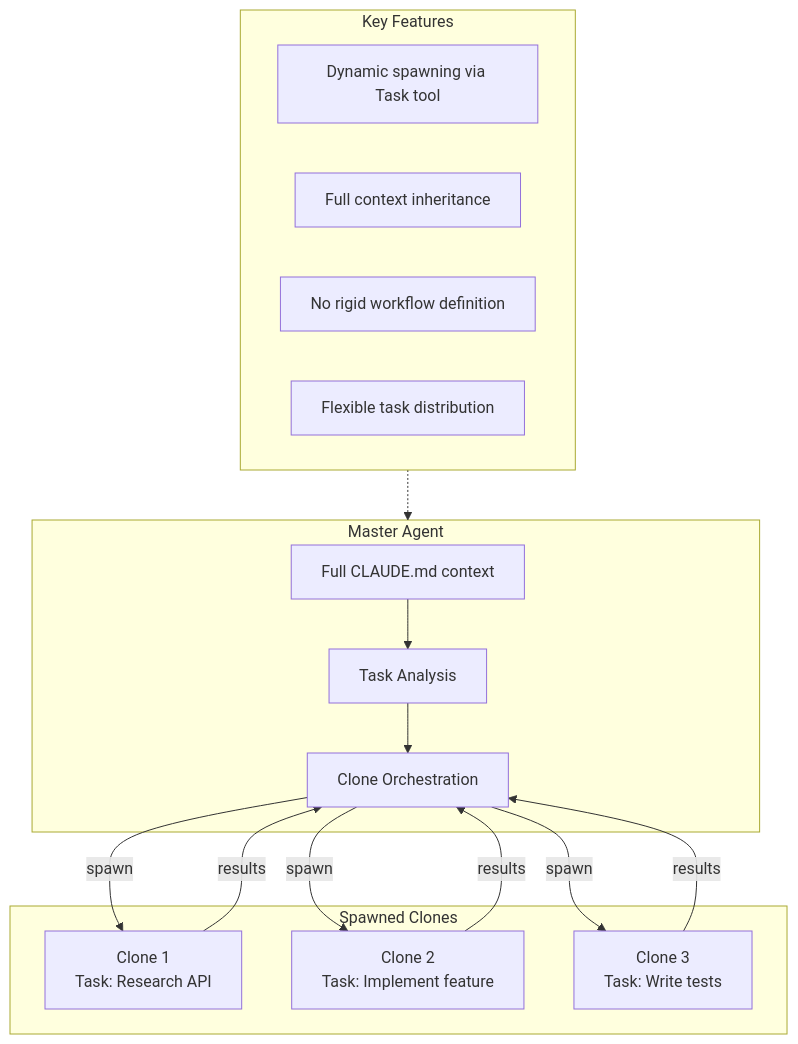
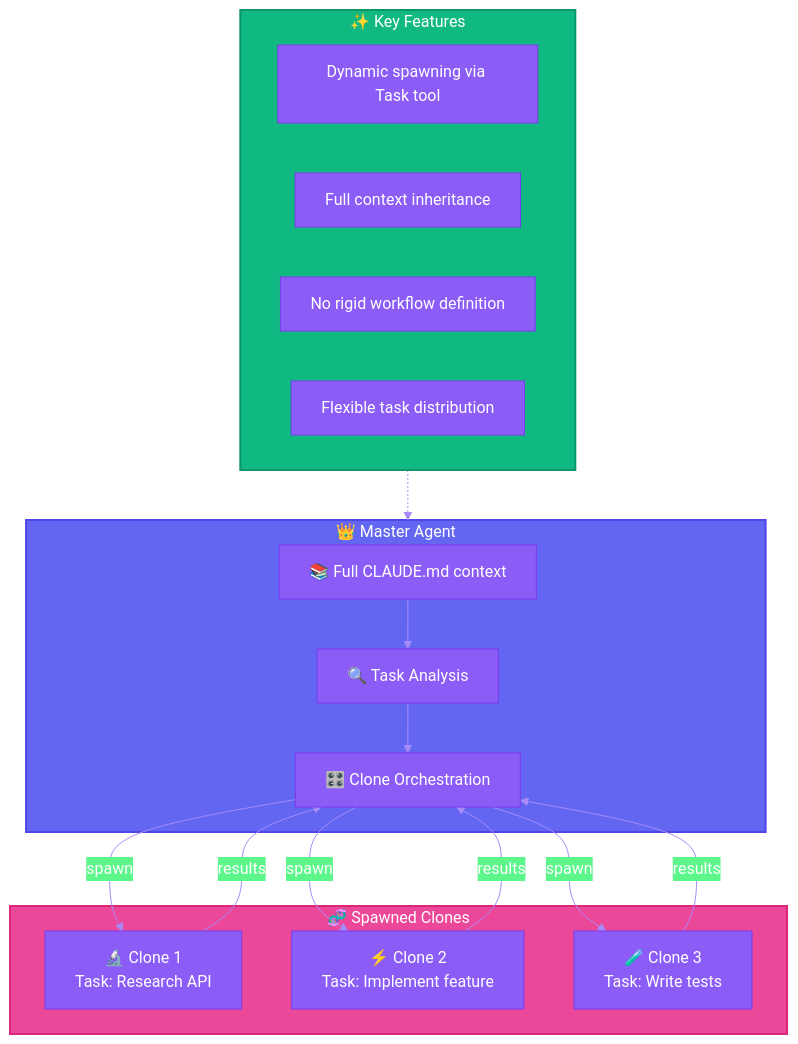
The first of 5 diagrams in patterns/04-master-clone-architecture.md (ThibautMelen/agentic-ai-systems), drawn with Mermaid before and after one commit. The commit also changed other lines of this file and 7 other files, not shown here.

First line of the commit message:
style(diagrams): add vibrant colors to all Mermaid diagrams

````diff
--- a/patterns/04-master-clone-architecture.md
+++ b/patterns/04-master-clone-architecture.md
@@ -13,28 +13,33 @@
 ```mermaid
+%%{init: {'theme': 'base', 'themeVariables': { 'primaryColor': '#8b5cf6', 'primaryTextColor': '#ffffff', 'primaryBorderColor': '#7c3aed', 'lineColor': '#a78bfa'}}}%%
 flowchart TB
-    subgraph Master["Master Agent"]
-        M1[Full CLAUDE.md context]
-        M2[Task Analysis]
-        M3[Clone Orchestration]
+    subgraph Master["👑 Master Agent"]
+        M1[📚 Full CLAUDE.md context]
+        M2[🔍 Task Analysis]
+        M3[🎛️ Clone Orchestration]
     end
 
-    subgraph Clones["Spawned Clones"]
-        C1["Clone 1<br/>Task: Research API"]
-        C2["Clone 2<br/>Task: Implement feature"]
-        C3["Clone 3<br/>Task: Write tests"]
+    subgraph Clones["🧬 Spawned Clones"]
+        C1["🔬 Clone 1<br/>Task: Research API"]
+        C2["⚡ Clone 2<br/>Task: Implement feature"]
+        C3["🧪 Clone 3<br/>Task: Write tests"]
     end
 
-    subgraph Features["Key Features"]
+    subgraph Features["✨ Key Features"]
         F1[Dynamic spawning via Task tool]
         F2[Full context inheritance]
         F3[No rigid workflow definition]
         F4[Flexible task distribution]
     end
 
     M1 --> M2
     M2 --> M3
     M3 -->|spawn| C1 & C2 & C3
     C1 & C2 & C3 -->|results| M3
 
     Features -.-> Master
+
+    style Master fill:#6366f1,stroke:#4f46e5,stroke-width:2px,color:#ffffff
+    style Clones fill:#ec4899,stroke:#db2777,stroke-width:2px,color:#ffffff
+    style Features fill:#10b981,stroke:#059669,stroke-width:2px,color:#ffffff
 ```
````
